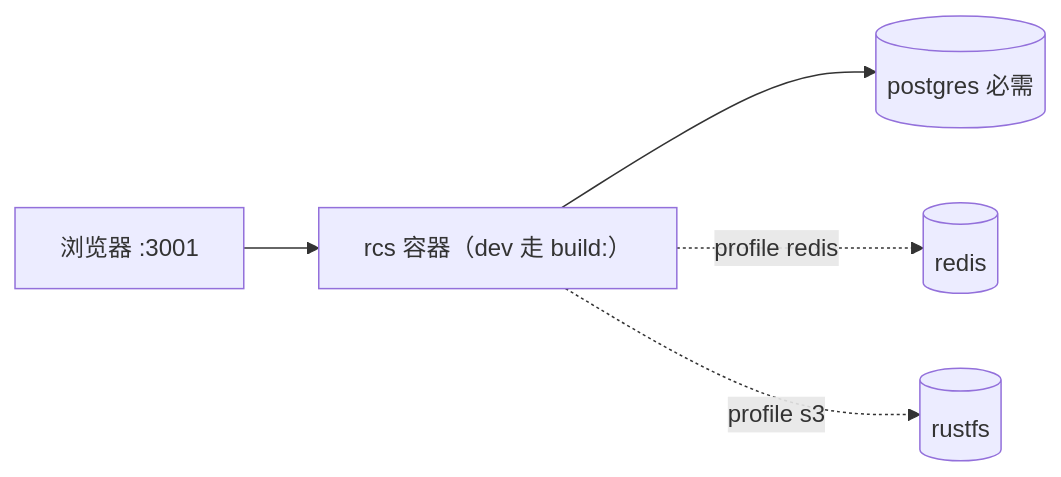
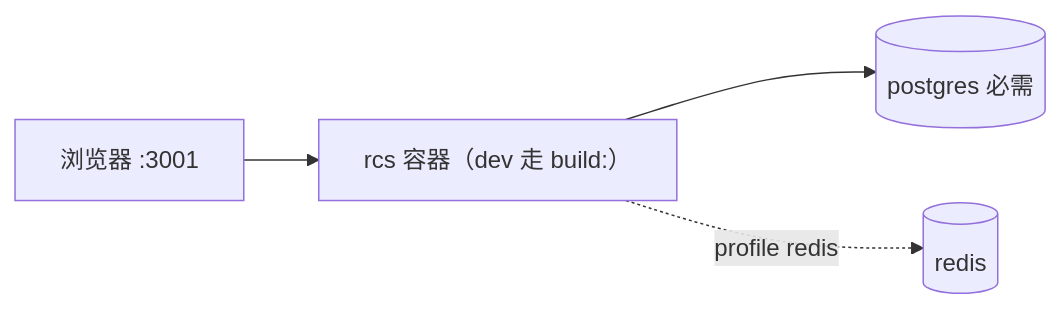
The second of 5 diagrams in docs/arch/26-deployment-topology.md (HuangPuStar/FenixAgent), drawn with Mermaid before and after one commit. The commit also changed other lines of this file and 3 other files, not shown here.

````diff
--- a/docs/arch/26-deployment-topology.md
+++ b/docs/arch/26-deployment-topology.md
@@ -167,7 +168,6 @@
 ```mermaid
 flowchart LR
     Dev["浏览器 :3001"] --> RCS["rcs 容器（dev 走 build:）"]
     RCS --> PG[("postgres 必需")]
     RCS -.->|"profile redis"| REDIS[("redis")]
-    RCS -.->|"profile s3"| RUSTFS[("rustfs")]
 ```
````
